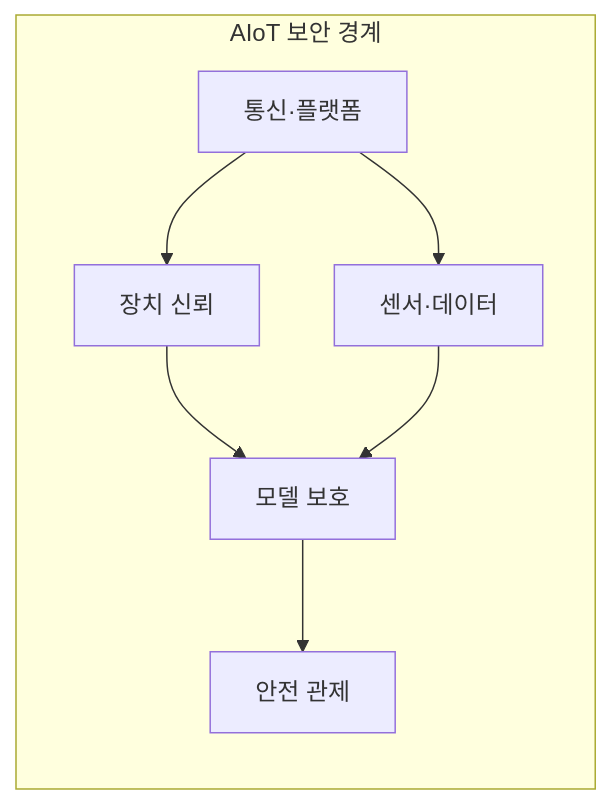
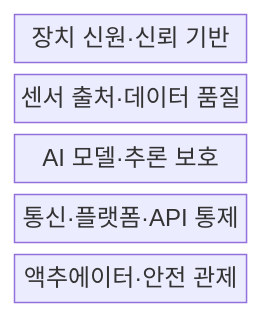
One commit to agnusdei1207/knowledge-base changed the first of 2 diagrams in src/content/docs/notes/05-security/132_aiot_security.md. Above: the diagram before and after it, drawn with Mermaid. The commit also changed other lines of this file and 6 other files, not shown here.

````diff
--- a/src/content/docs/notes/05-security/132_aiot_security.md
+++ b/src/content/docs/notes/05-security/132_aiot_security.md
@@ -59,10 +57,9 @@
 ```mermaid
-flowchart LR
-    subgraph A[AIoT 보안 경계]
-        D[장치 신뢰] --> M[모델 보호]
-        S[센서·데이터] --> M
-        P[통신·플랫폼] --> D
-        P --> S
-        M --> G[안전 관제]
-    end
+block-beta
+  columns 1
+  D["장치 신원·신뢰 기반"]
+  S["센서 출처·데이터 품질"]
+  M["AI 모델·추론 보호"]
+  P["통신·플랫폼·API 통제"]
+  A["액추에이터·안전 관제"]
 ```
````
